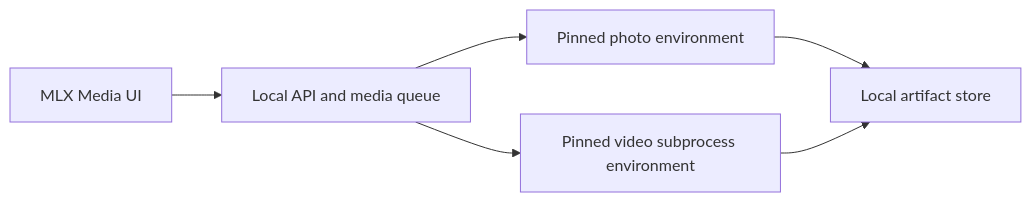
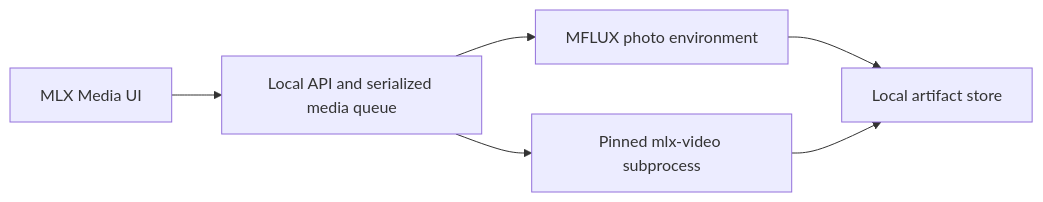
The diagram in docs/MLX_VIDEO_INTEGRATION.md (CharafChnioune/MFLUX-WEBUI), drawn with Mermaid before and after one commit. The commit also changed other lines of this file and 11 other files, not shown here.

Commit message:
feat: add verified local MLX video generation

````diff
--- a/docs/MLX_VIDEO_INTEGRATION.md
+++ b/docs/MLX_VIDEO_INTEGRATION.md
@@ -46,8 +42,8 @@
 ```mermaid
 flowchart LR
-  UI["MLX Media UI"] --> API["Local API and media queue"]
-  API --> Photo["Pinned photo environment"]
-  API --> Video["Pinned video subprocess environment"]
+  UI["MLX Media UI"] --> API["Local API and serialized media queue"]
+  API --> Photo["MFLUX photo environment"]
+  API --> Video["Pinned mlx-video subprocess"]
   Photo --> Artifacts["Local artifact store"]
   Video --> Artifacts
 ```
````
